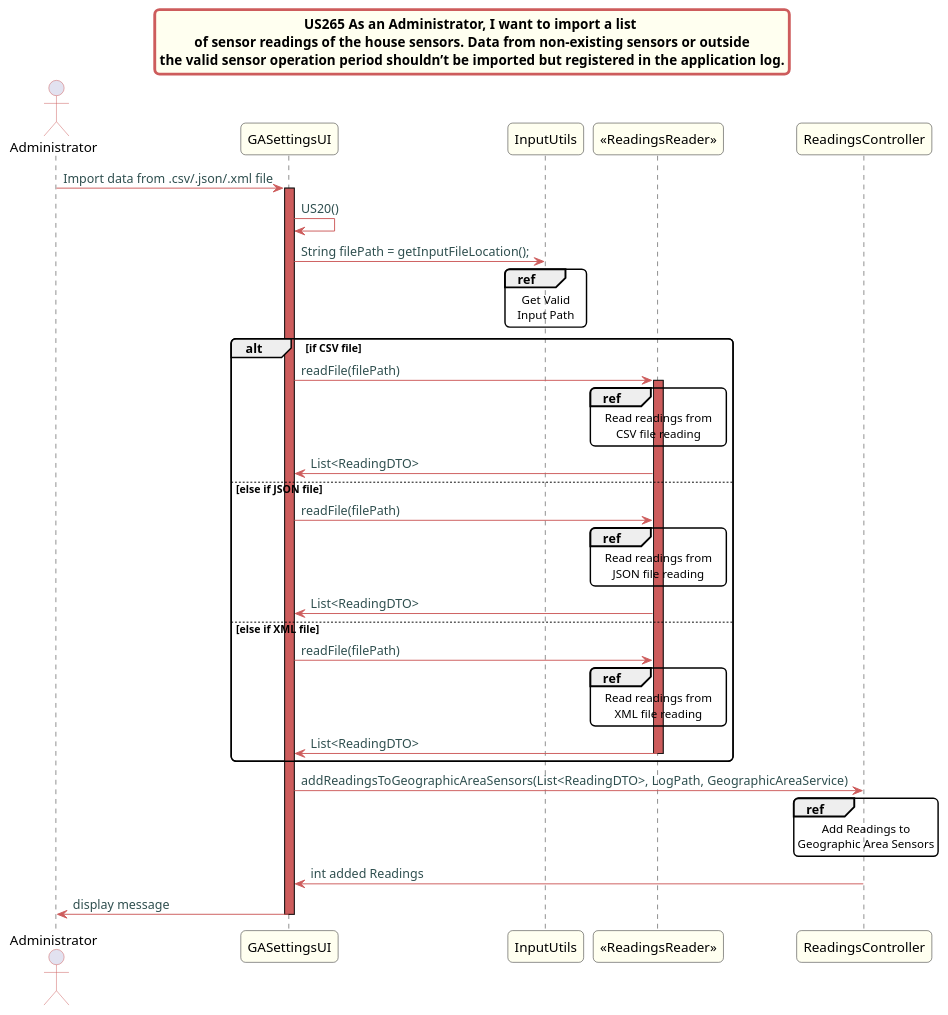
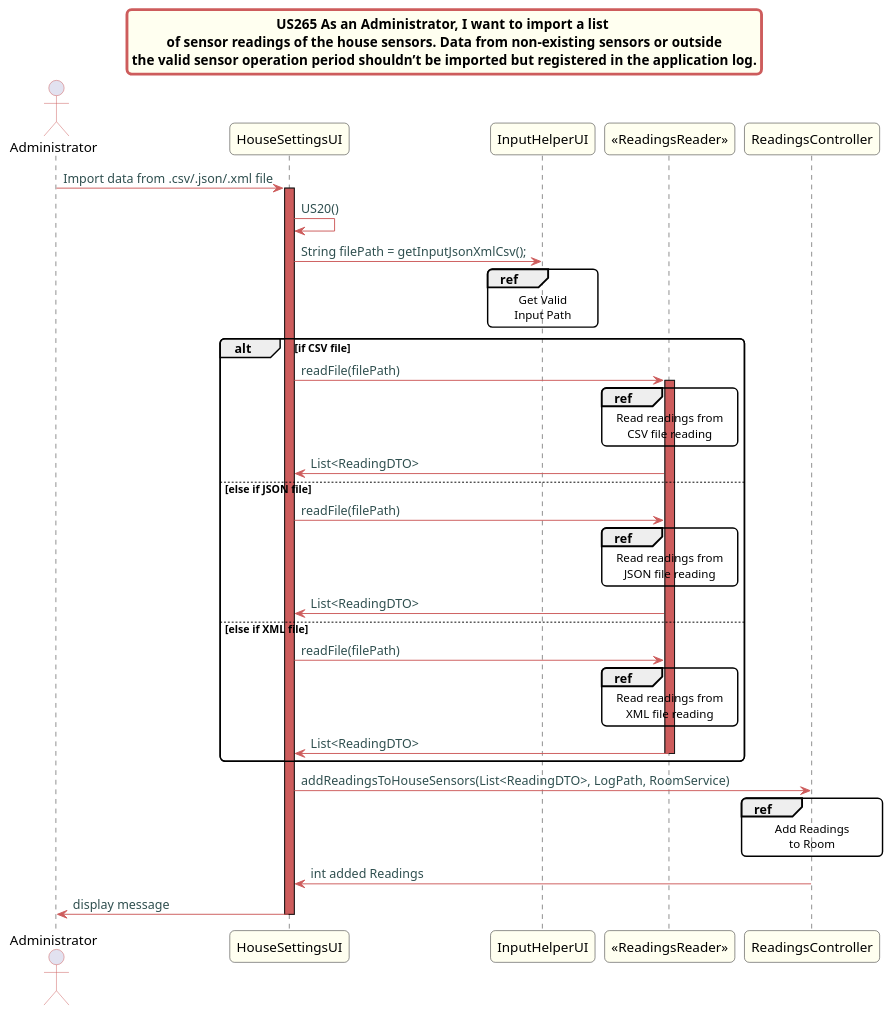
Before and after one commit to Almadanmp/project: the diagram in src/doc/Controllers/HouseConfiguration/US265/US265.puml, drawn with PlantUML. The commit also changed 18 other files, not shown here.

```diff
--- a/src/doc/Controllers/HouseConfiguration/US265/US265.puml
+++ b/src/doc/Controllers/HouseConfiguration/US265/US265.puml
@@ -1,78 +1,78 @@
 @startuml
 
 skinparam titleBorderRoundCorner 10
 skinparam titleBorderThickness 3
 skinparam titleBorderColor indianred
 skinparam titleBackgroundColor ivory
 skinparam FontName quicksand
 
 skinparam actor {
   BorderColor indianred
   }
 
 skinparam sequence {
   LifeLineBackgroundColor indianred
   ParticipantBackgroundColor ivory
 }
 
 skinparam roundcorner 10
 
 skinparam component {
   arrowThickness 1
   ArrowFontName Verdana
   ArrowColor indianred
   ArrowFontColor darkslategrey
 }
 
 title US265 As an Administrator, I want to import a list \n of sensor readings of the house sensors. Data from non-existing sensors or outside \nthe valid sensor operation period shouldn’t be imported but registered in the application log.
 
 
 actor Administrator
-Administrator -> GASettingsUI: Import data from .csv/.json/.xml file
-activate GASettingsUI
-GASettingsUI -> GASettingsUI: US20()
-GASettingsUI -> InputUtils: String filePath = getInputFileLocation();
-ref over InputUtils
+Administrator -> HouseSettingsUI: Import data from .csv/.json/.xml file
+activate HouseSettingsUI
+HouseSettingsUI -> HouseSettingsUI: US20()
+HouseSettingsUI -> InputHelperUI: String filePath = getInputJsonXmlCsv();
+ref over InputHelperUI
 Get Valid
 Input Path
 end ref
 
 
 alt if CSV file
-GASettingsUI -> "<<ReadingsReader>>": readFile(filePath)
+HouseSettingsUI -> "<<ReadingsReader>>": readFile(filePath)
 activate "<<ReadingsReader>>"
 ref over "<<ReadingsReader>>"
 Read readings from
 CSV file reading
 end ref
 
 
-"<<ReadingsReader>>" -> GASettingsUI: List<ReadingDTO>
+"<<ReadingsReader>>" -> HouseSettingsUI: List<ReadingDTO>
 else else if JSON file
-GASettingsUI -> "<<ReadingsReader>>": readFile(filePath)
+HouseSettingsUI -> "<<ReadingsReader>>": readFile(filePath)
 ref over "<<ReadingsReader>>"
 Read readings from
 JSON file reading
 end ref
-"<<ReadingsReader>>" -> GASettingsUI: List<ReadingDTO>
+"<<ReadingsReader>>" -> HouseSettingsUI: List<ReadingDTO>
 else else if XML file
-GASettingsUI -> "<<ReadingsReader>>": readFile(filePath)
+HouseSettingsUI -> "<<ReadingsReader>>": readFile(filePath)
 ref over "<<ReadingsReader>>"
 Read readings from
 XML file reading
 end ref
-"<<ReadingsReader>>" -> GASettingsUI: List<ReadingDTO>
+"<<ReadingsReader>>" -> HouseSettingsUI: List<ReadingDTO>
 deactivate "<<ReadingsReader>>"
 end
 
 
-GASettingsUI -> ReadingsController: addReadingsToGeographicAreaSensors(List<ReadingDTO>, LogPath, GeographicAreaService)
+HouseSettingsUI -> ReadingsController: addReadingsToHouseSensors(List<ReadingDTO>, LogPath, RoomService)
 ref over ReadingsController
-Add Readings to
-Geographic Area Sensors
+Add Readings
+to Room
 end ref
-ReadingsController -> GASettingsUI: int added Readings
-GASettingsUI -> Administrator: display message
-deactivate GASettingsUI
+ReadingsController -> HouseSettingsUI: int added Readings
+HouseSettingsUI -> Administrator: display message
+deactivate HouseSettingsUI
 
 @enduml
```
